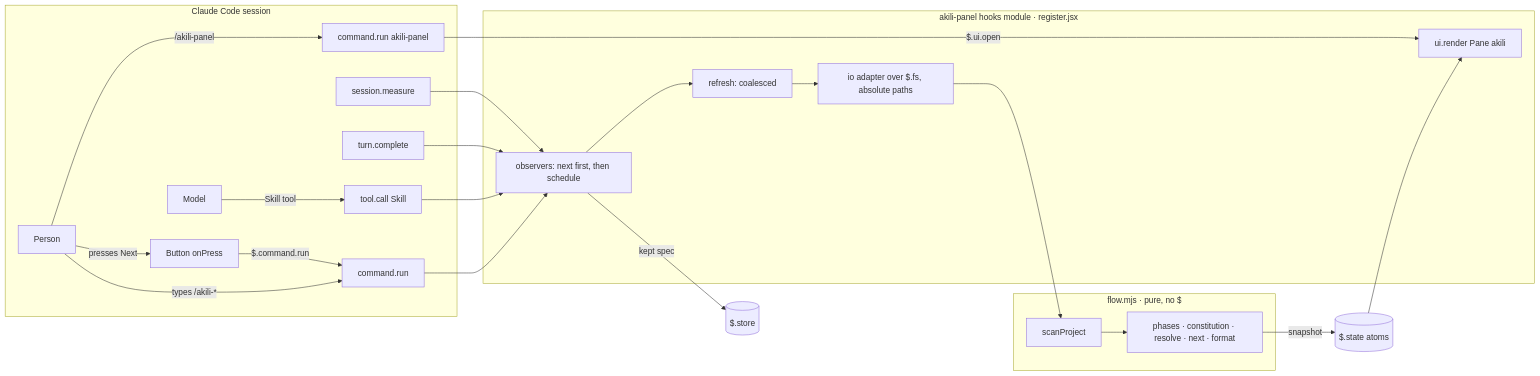
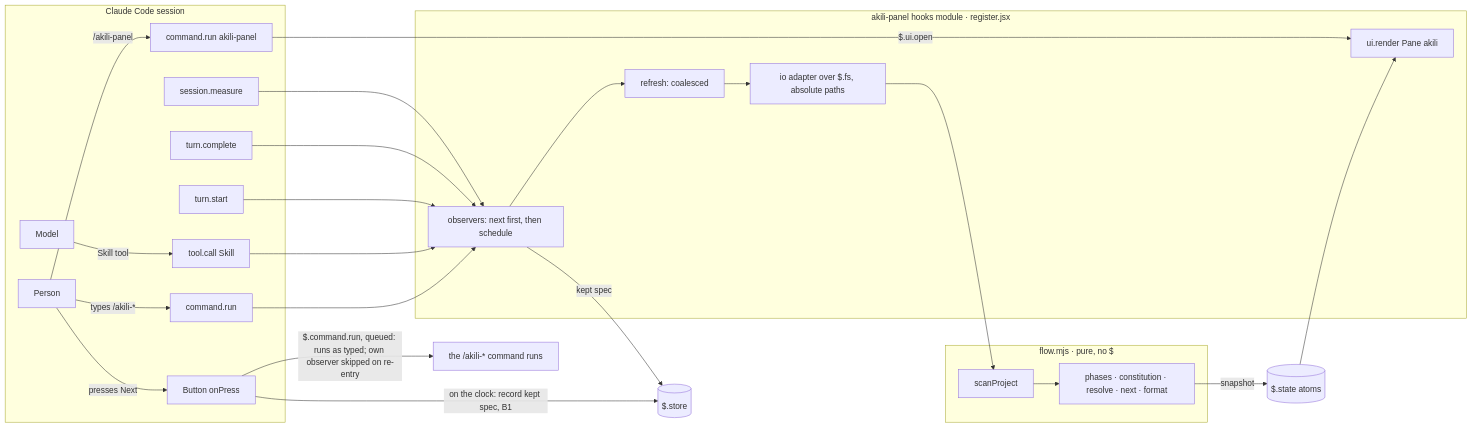
One commit to JuankCadavid/akili-specs changed the first of 2 diagrams in docs/specs/changes/akili-panel/design.md. Above: the diagram before and after it, drawn with Mermaid. The commit also changed other lines of this file and 3 other files, not shown here.

Commit message:
[SPEC:changes/akili-panel] T1 PASS: P-24 a/b, P-25, P-34 settled; design amended per JC (A1, B1, C1, D1)

````diff
--- a/docs/specs/changes/akili-panel/design.md
+++ b/docs/specs/changes/akili-panel/design.md
@@ -29,32 +29,35 @@
 ```mermaid
 flowchart LR
   subgraph CC[Claude Code session]
     U[Person] -->|types /akili-*| CR[command.run]
     M[Model] -->|Skill tool| TC[tool.call Skill]
     U -->|/akili-panel| OWN[command.run akili-panel]
     U -->|presses Next| PR[Button onPress]
+    TSTART[turn.start]
     TURN[turn.complete]
     MEAS[session.measure]
   end
   subgraph PL[akili-panel hooks module · register.jsx]
     OBS[observers: next first, then schedule]
     REF[refresh: coalesced]
     RND[ui.render Pane akili]
     IO[io adapter over $.fs, absolute paths]
   end
   subgraph PURE[flow.mjs · pure, no $]
     SCAN[scanProject]
     RULES[phases · constitution · resolve · next · format]
   end
   CR --> OBS
   TC --> OBS
+  TSTART --> OBS
   TURN --> OBS
   MEAS --> OBS
   OBS --> REF
   REF --> IO --> SCAN --> RULES
   RULES -->|snapshot| ST[($.state atoms)]
   OBS -->|kept spec| STORE[($.store)]
   ST --> RND
   OWN -->|$.ui.open| RND
-  PR -->|$.command.run| CR
+  PR -->|$.command.run, queued: runs as typed; own observer skipped on re-entry| RUN[the /akili-* command runs]
+  PR -->|on the clock: record kept spec, B1| STORE
 ```
````
